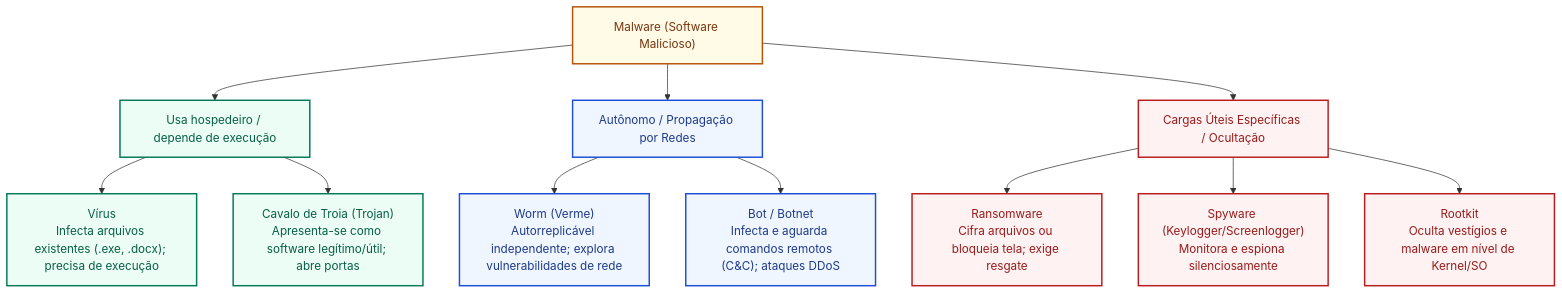
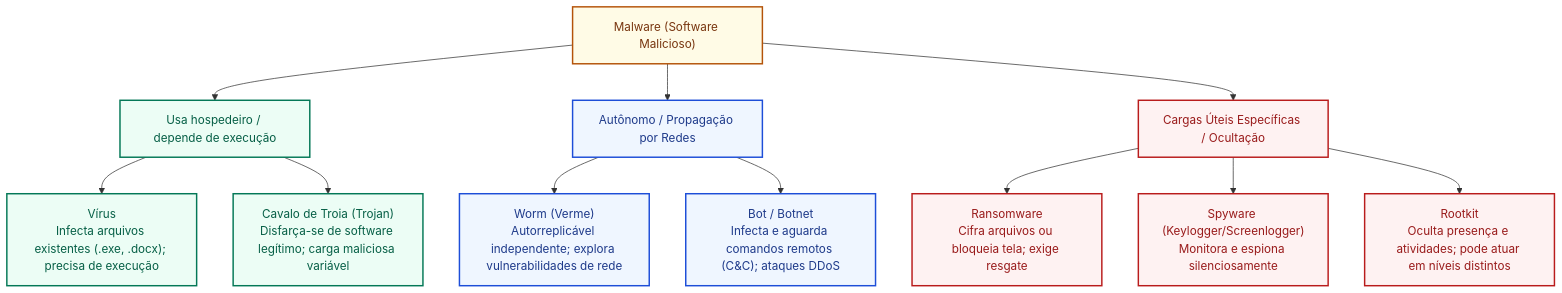
The first of 2 diagrams in 3 - Materias/Informatica/14 - malware virus worm trojan ransomware spyware e rootkit.md (leorruas/concursos), drawn with Mermaid before and after one commit. The commit also changed other lines of this file, not shown here.

````diff
--- a/3 - Materias/Informatica/14 - malware virus worm trojan ransomware spyware e rootkit.md
+++ b/3 - Materias/Informatica/14 - malware virus worm trojan ransomware spyware e rootkit.md
@@ -21,23 +21,23 @@
 ```mermaid
 flowchart TD
     classDef raiz fill:#fffbe6,stroke:#b45309,stroke-width:2px,color:#78350f;
     classDef hospedeiro fill:#ecfdf5,stroke:#047857,stroke-width:2px,color:#065f46;
     classDef autonomo fill:#eff6ff,stroke:#1d4ed8,stroke-width:2px,color:#1e3a8a;
     classDef carga fill:#fef2f2,stroke:#b91c1c,stroke-width:2px,color:#991b1b;
 
     M["Malware (Software Malicioso)"]:::raiz
 
     M --> H["Usa hospedeiro / depende de execução"]:::hospedeiro
     M --> A["Autônomo / Propagação por Redes"]:::autonomo
     M --> C["Cargas Úteis Específicas / Ocultação"]:::carga
 
     H --> Virus["Vírus<br>Infecta arquivos existentes (.exe, .docx); precisa de execução"]:::hospedeiro
-    H --> Trojan["Cavalo de Troia (Trojan)<br>Apresenta-se como software legítimo/útil; abre portas"]:::hospedeiro
+    H --> Trojan["Cavalo de Troia (Trojan)<br>Disfarça-se de software legítimo; carga maliciosa variável"]:::hospedeiro
 
     A --> Worm["Worm (Verme)<br>Autorreplicável independente; explora vulnerabilidades de rede"]:::autonomo
     A --> Bot["Bot / Botnet<br>Infecta e aguarda comandos remotos (C&C); ataques DDoS"]:::autonomo
 
     C --> Ransomware["Ransomware<br>Cifra arquivos ou bloqueia tela; exige resgate"]:::carga
     C --> Spyware["Spyware (Keylogger/Screenlogger)<br>Monitora e espiona silenciosamente"]:::carga
-    C --> Rootkit["Rootkit<br>Oculta vestígios e malware em nível de Kernel/SO"]:::carga
+    C --> Rootkit["Rootkit<br>Oculta presença e atividades; pode atuar em níveis distintos"]:::carga
 ```
````
